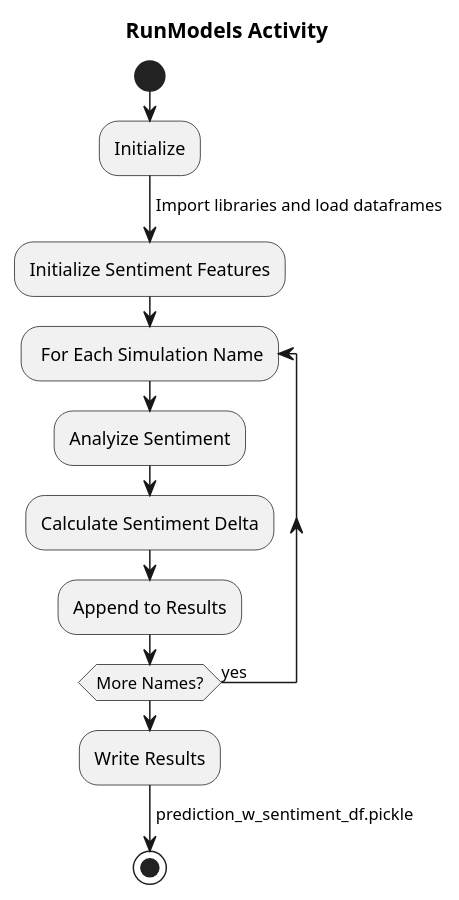
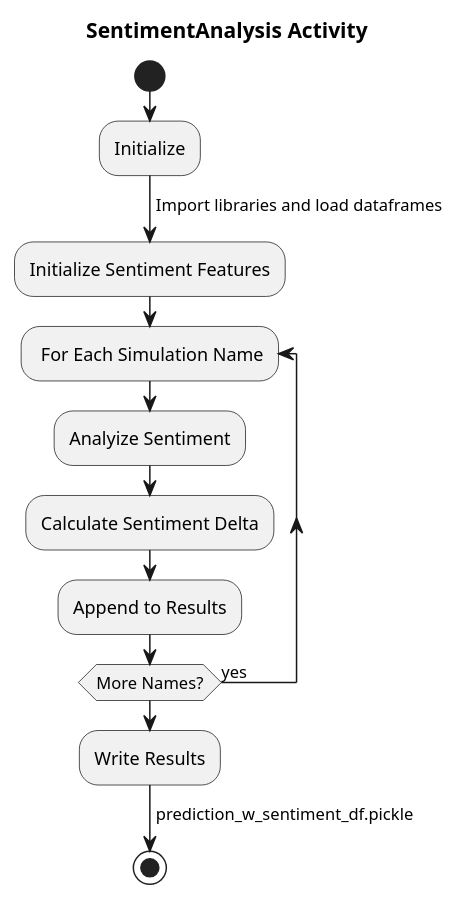
The diagram in Code/diagrams/SentimentAnalysisActivity.wsd (benjobean123/Thesis), drawn with PlantUML before and after one commit. The commit also changed other lines of this file and 6 other files, not shown here.

Commit message:
updated diagram names to match the diagram code

```diff
--- a/Code/diagrams/SentimentAnalysisActivity.wsd
+++ b/Code/diagrams/SentimentAnalysisActivity.wsd
@@ -2,28 +1,28 @@
-@startuml RunModels Activity
+@startuml SentimentAnalysis Activity
 
-title RunModels Activity
+title SentimentAnalysis Activity
 start
 :Initialize;
 -> Import libraries and load dataframes;
 
 :Initialize Sentiment Features;
 ->;
 
 repeat: For Each Simulation Name;
 
     :Analyize Sentiment;
     ->;
 
     :Calculate Sentiment Delta;
     ->;
     
     :Append to Results;
     ->;
 
 repeat while (More Names?) is (yes)
 
 :Write Results;
 ->prediction_w_sentiment_df.pickle;
 
 stop
 @enduml
```
